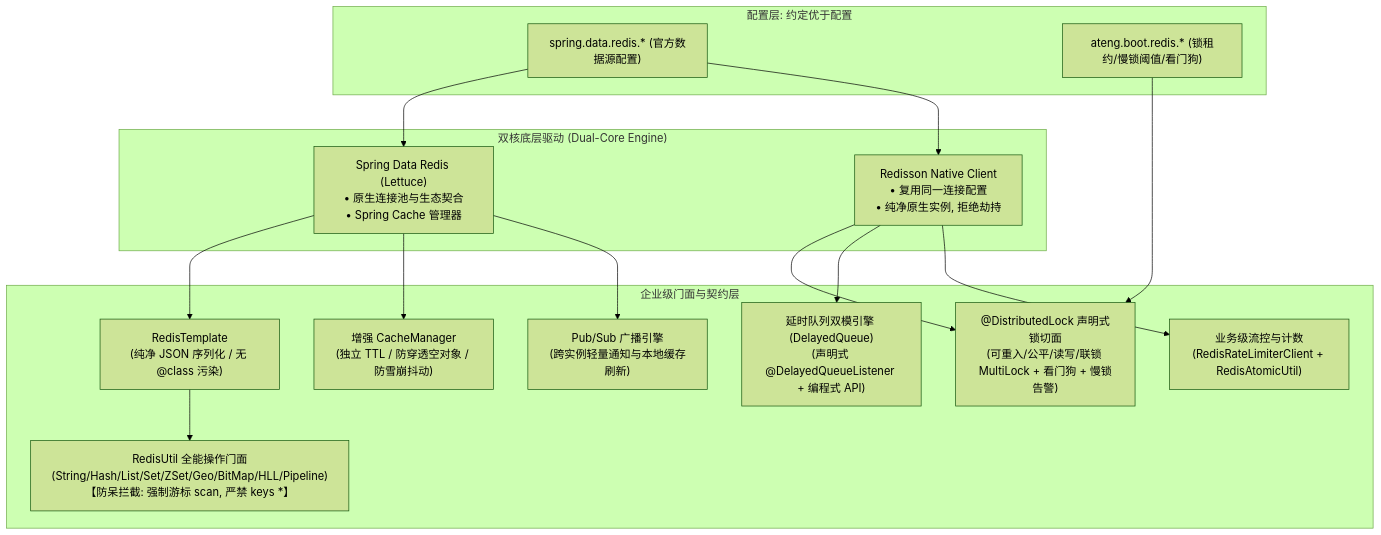
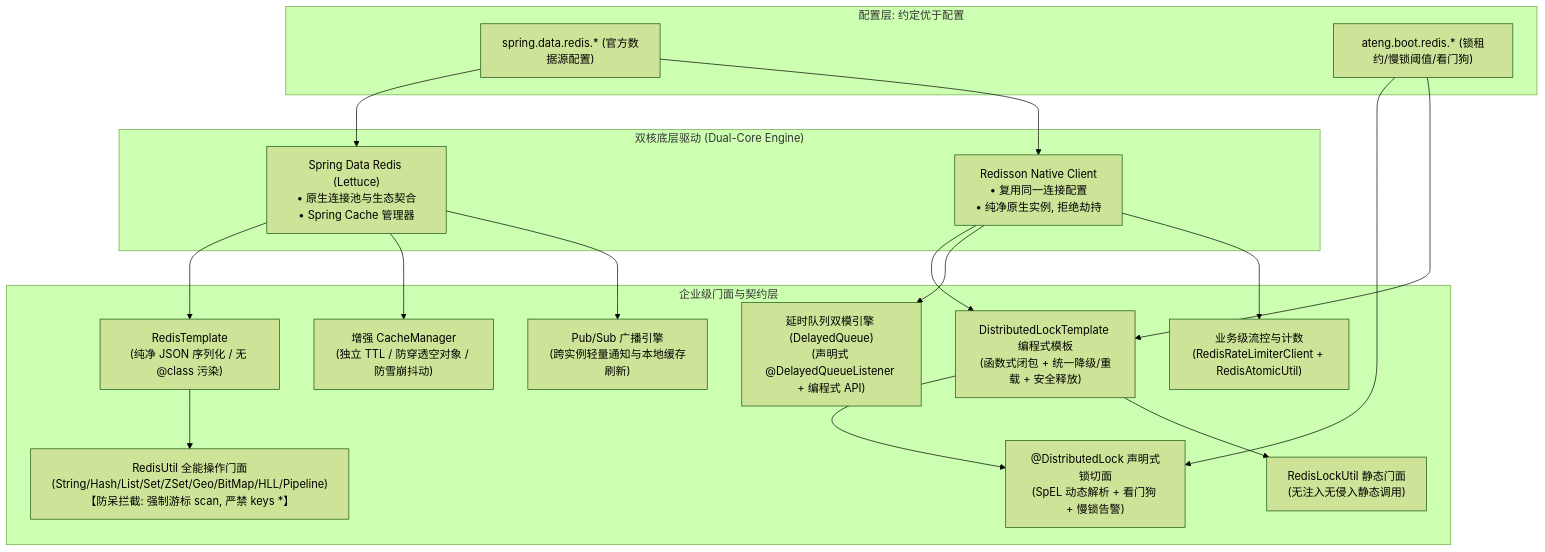
Before and after one commit to atengk/ateng-boot: the diagram in docs/adr/0022-dual-core-redis-and-distributed-coordination-architecture.md, drawn with Mermaid (forest theme). The commit also changed other lines of this file and 13 other files, not shown here.

````diff
--- a/docs/adr/0022-dual-core-redis-and-distributed-coordination-architecture.md
+++ b/docs/adr/0022-dual-core-redis-and-distributed-coordination-architecture.md
@@ -23,35 +23,40 @@
 ```mermaid
 flowchart TD
     subgraph ConfigLayer["配置层: 约定优于配置"]
         SpringCfg["spring.data.redis.* (官方数据源配置)"]
         AtengCfg["ateng.boot.redis.* (锁租约/慢锁阈值/看门狗)"]
     end
 
     subgraph DualCore["双核底层驱动 (Dual-Core Engine)"]
         LettuceCore["Spring Data Redis (Lettuce)\n• 原生连接池与生态契合\n• Spring Cache 管理器"]
         RedissonCore["Redisson Native Client\n• 复用同一连接配置\n• 纯净原生实例, 拒绝劫持"]
     end
 
     subgraph FacadeLayer["企业级门面与契约层"]
         RT["RedisTemplate<String, Object>\n(纯净 JSON 序列化 / 无 @class 污染)"]
         RU["RedisUtil 全能操作门面\n(String/Hash/List/Set/ZSet/Geo/BitMap/HLL/Pipeline)\n【防呆拦截: 强制游标 scan, 严禁 keys *】"]
-        DL["@DistributedLock 声明式锁切面\n(可重入/公平/读写/联锁 MultiLock + 看门狗 + 慢锁告警)"]
+        DL["@DistributedLock 声明式锁切面\n(SpEL 动态解析 + 看门狗 + 慢锁告警)"]
+        DT["DistributedLockTemplate 编程式模板\n(函数式闭包 + 统一降级/重载 + 安全释放)"]
+        LU["RedisLockUtil 静态门面\n(无注入无侵入静态调用)"]
         DQ["延时队列双模引擎 (DelayedQueue)\n(声明式 @DelayedQueueListener + 编程式 API)"]
         PS["Pub/Sub 广播引擎\n(跨实例轻量通知与本地缓存刷新)"]
         RL["业务级流控与计数\n(RedisRateLimiterClient + RedisAtomicUtil)"]
         CM["增强 CacheManager\n(独立 TTL / 防穿透空对象 / 防雪崩抖动)"]
     end
 
     SpringCfg --> LettuceCore
     SpringCfg --> RedissonCore
     AtengCfg --> DL
+    AtengCfg --> DT
 
     LettuceCore --> RT
     LettuceCore --> CM
     RT --> RU
 
-    RedissonCore --> DL
+    RedissonCore --> DT
+    DT --> DL
+    DT --> LU
     RedissonCore --> DQ
     RedissonCore --> RL
     LettuceCore --> PS
 ```
````
